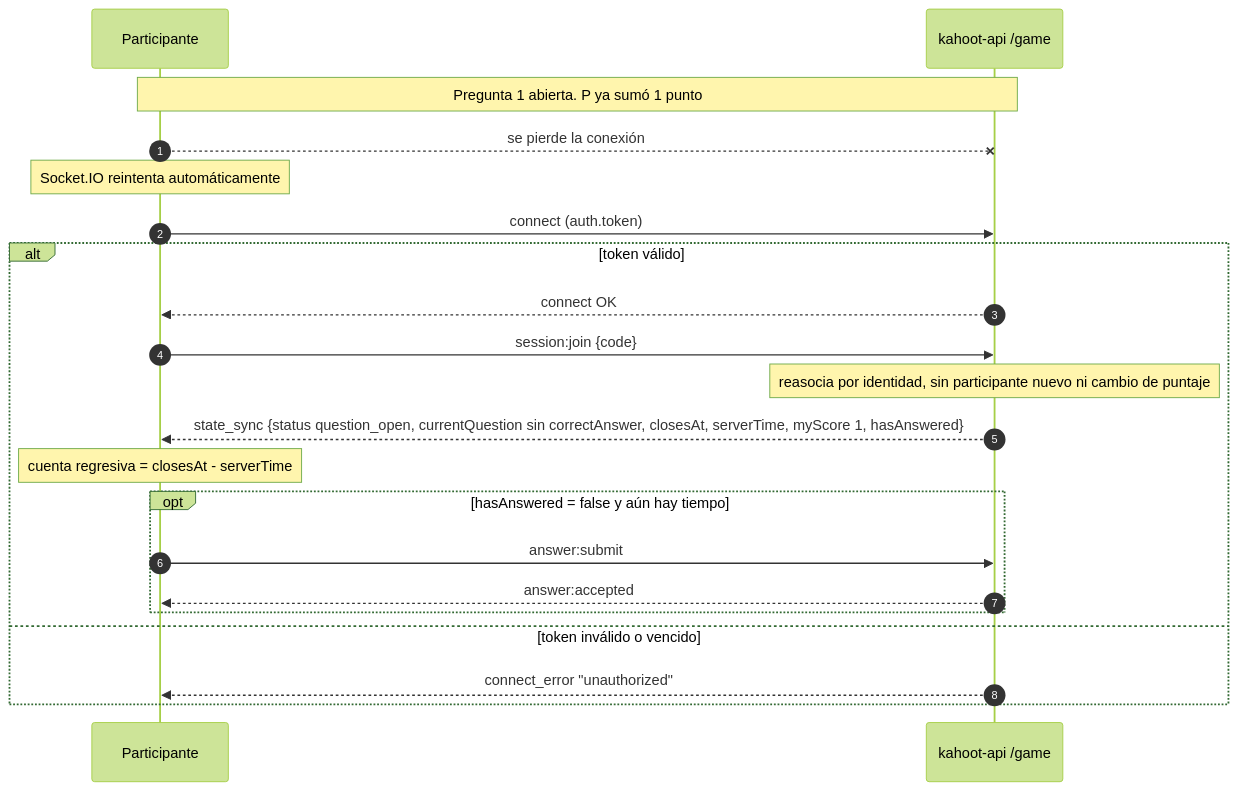
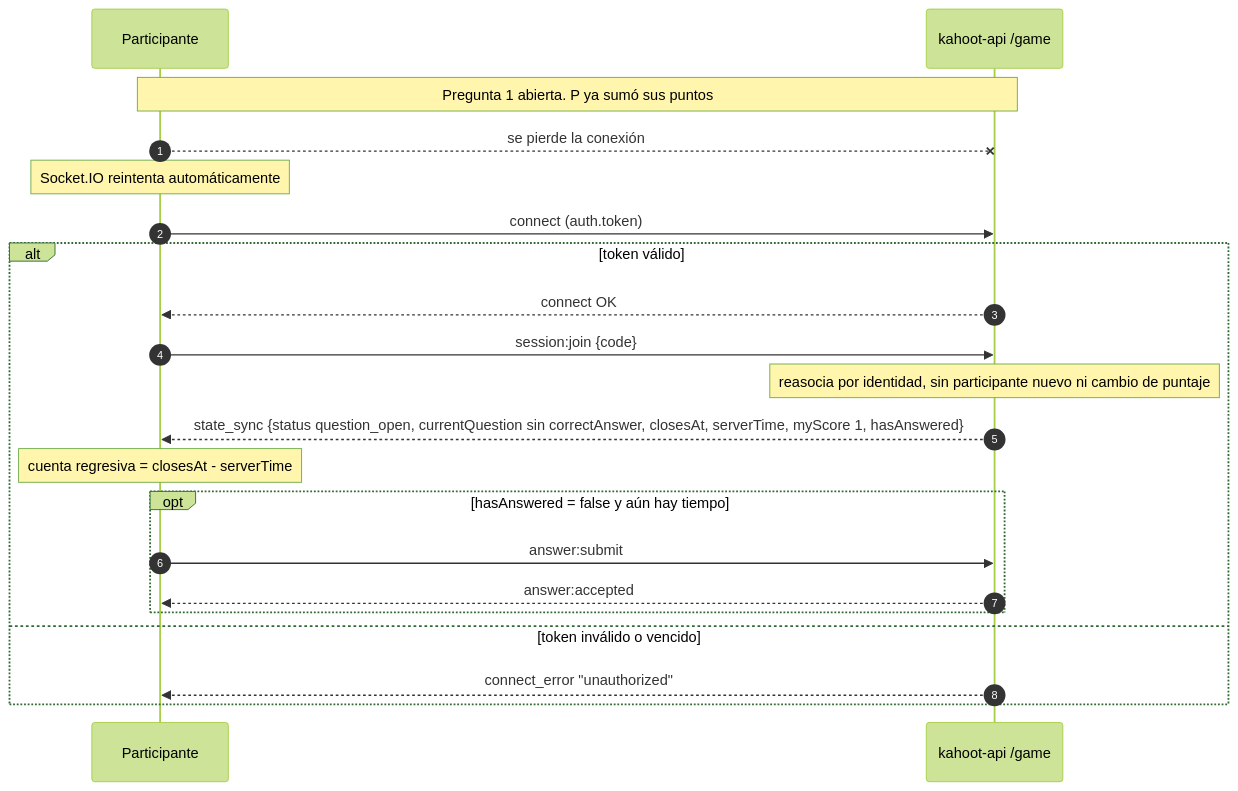
The third of 3 diagrams in packages/contracts/events/README.md (AaronSolano/ProyectoFinalParadigmas...), drawn with Mermaid (forest theme) before and after one commit. The commit also changed other lines of this file and 3 other files, not shown here.

````diff
--- a/packages/contracts/events/README.md
+++ b/packages/contracts/events/README.md
@@ -279,23 +279,23 @@
 ```mermaid
 sequenceDiagram
     autonumber
     participant P as Participante
     participant S as kahoot-api /game
-    Note over P,S: Pregunta 1 abierta. P ya sumó 1 punto
+    Note over P,S: Pregunta 1 abierta. P ya sumó sus puntos
     P--xS: se pierde la conexión
     Note over P: Socket.IO reintenta automáticamente
     P->>S: connect (auth.token)
     alt token válido
         S-->>P: connect OK
         P->>S: session:join {code}
         Note over S: reasocia por identidad, sin participante nuevo ni cambio de puntaje
         S-->>P: state_sync {status question_open, currentQuestion sin correctAnswer, closesAt, serverTime, myScore 1, hasAnswered}
         Note over P: cuenta regresiva = closesAt - serverTime
         opt hasAnswered = false y aún hay tiempo
             P->>S: answer:submit
             S-->>P: answer:accepted
         end
     else token inválido o vencido
         S-->>P: connect_error "unauthorized"
     end
 ```
````
